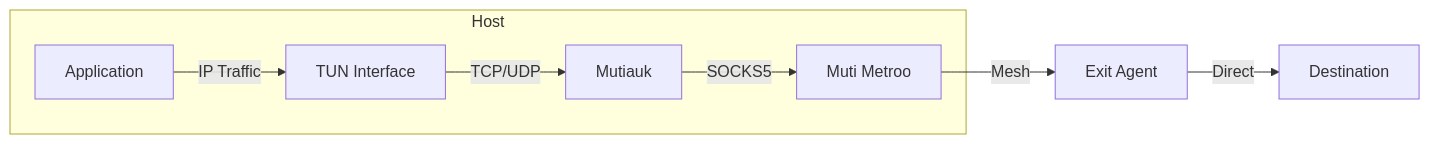
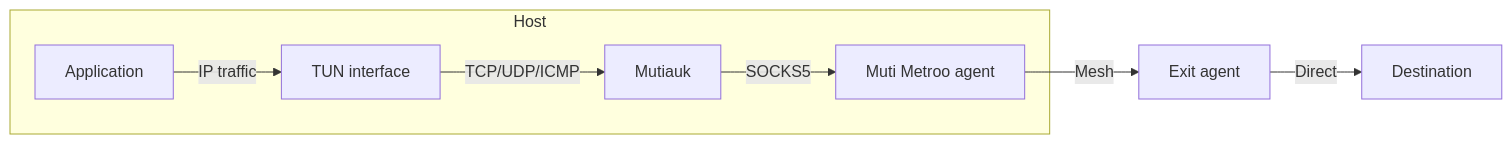
Before and after one commit to Muti-Metroo/Muti-Metroo: the diagram in docs/docs/mutiauk.mdx, drawn with Mermaid. The commit also changed other lines of this file and 156 other files, not shown here.

````diff
--- a/docs/docs/mutiauk.mdx
+++ b/docs/docs/mutiauk.mdx
@@ -49,10 +34,10 @@
 ```mermaid
 flowchart LR
     subgraph Host
-        App[Application] -->|IP Traffic| TUN[TUN Interface]
-        TUN -->|TCP/UDP| ME[Mutiauk]
-        ME -->|SOCKS5| MM[Muti Metroo]
+        App[Application] -->|IP traffic| TUN[TUN interface]
+        TUN -->|TCP/UDP/ICMP| ME[Mutiauk]
+        ME -->|SOCKS5| MM[Muti Metroo agent]
     end
-    MM -->|Mesh| Exit[Exit Agent]
+    MM -->|Mesh| Exit[Exit agent]
     Exit -->|Direct| Dest[Destination]
 ```
````
